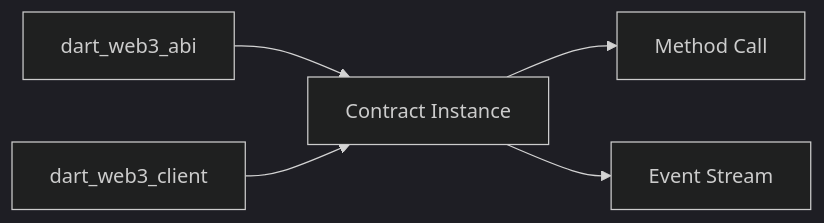
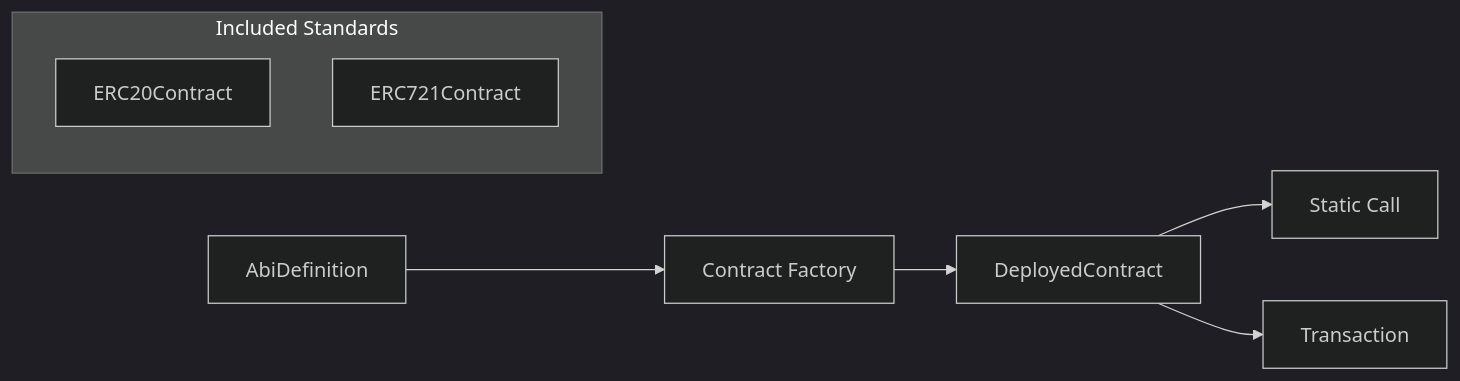
One commit to ImL1s/dart_web3 changed the diagram in dart_web3/packages/contract/README.md. Above: the diagram before and after it, drawn with Mermaid (dark theme). The commit also changed other lines of this file and 31 other files, not shown here.

````diff
--- a/dart_web3/packages/contract/README.md
+++ b/dart_web3/packages/contract/README.md
@@ -14,7 +17,12 @@
 ```mermaid
 graph LR
-    ABI[dart_web3_abi] --> Contract[Contract Instance]
-    Client[dart_web3_client] --> Contract
-    Contract --> Call[Method Call]
-    Contract --> Filter[Event Stream]
+    Model[AbiDefinition] --> Factory[Contract Factory]
+    Factory --> Instance[DeployedContract]
+    Instance --> Read[Static Call]
+    Instance --> Write[Transaction]
+    
+    subgraph Helpers [Included Standards]
+        ERC20[ERC20Contract]
+        ERC721[ERC721Contract]
+    end
 ```
````
